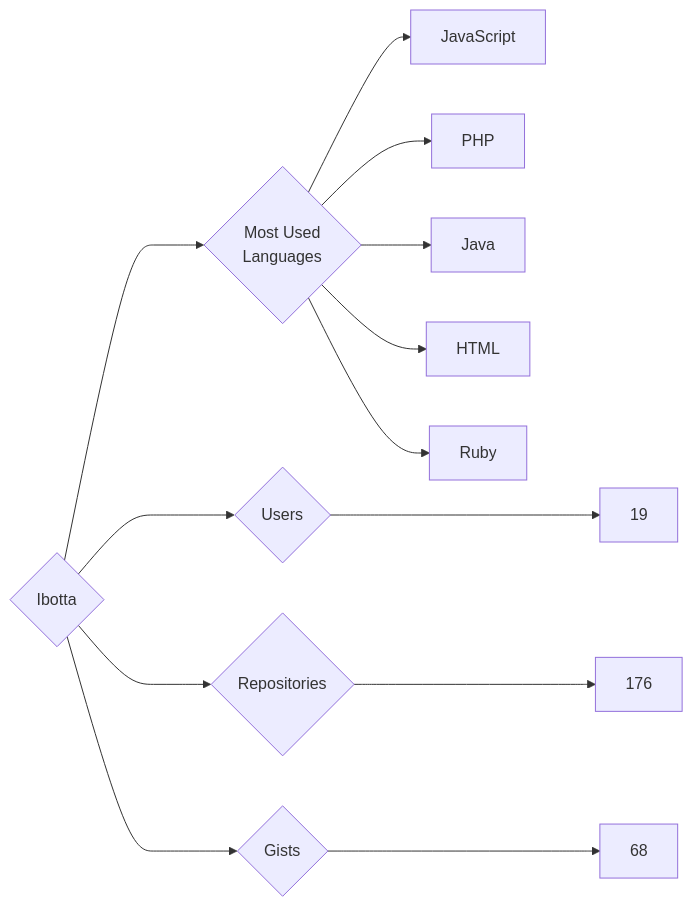
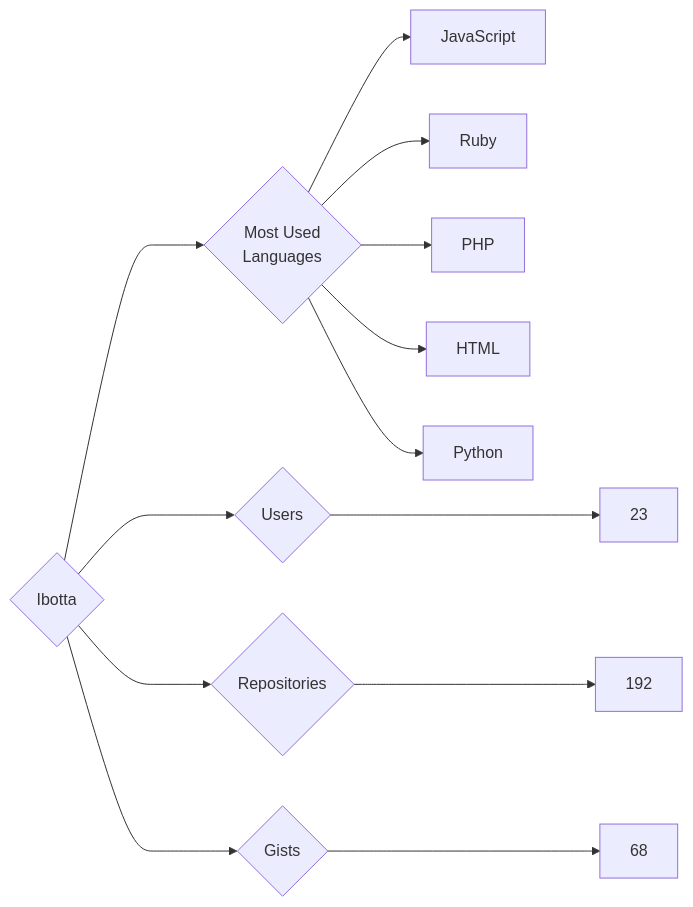
One commit to trickest/insiders changed the diagram in targets/Ibotta/README.md. Above: the diagram before and after it, drawn with Mermaid. The commit also changed 639 other files, not shown here.

````diff
--- a/targets/Ibotta/README.md
+++ b/targets/Ibotta/README.md
@@ -3,13 +3,13 @@
 ```mermaid
 graph LR
 COMPANY_NAME{Ibotta}
-COMPANY_NAME ---> U{Users} ---> UN[19]
-COMPANY_NAME ---> R{Repositories} ---> RN[176]
+COMPANY_NAME ---> U{Users} ---> UN[23]
+COMPANY_NAME ---> R{Repositories} ---> RN[192]
 COMPANY_NAME ---> G{Gists} ---> GN[68]
 COMPANY_NAME ---> ML{Most Used<br>Languages}
 ML --> JavaScript[JavaScript]
+ML --> Ruby[Ruby]
 ML --> PHP[PHP]
-ML --> Java[Java]
 ML --> HTML[HTML]
-ML --> Ruby[Ruby]
+ML --> Python[Python]
 ```
````
